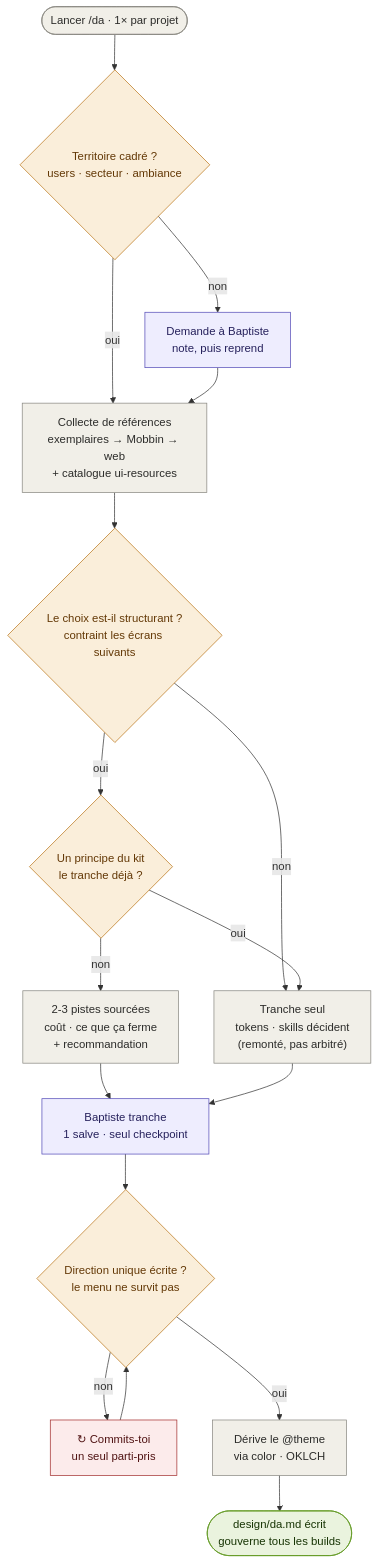
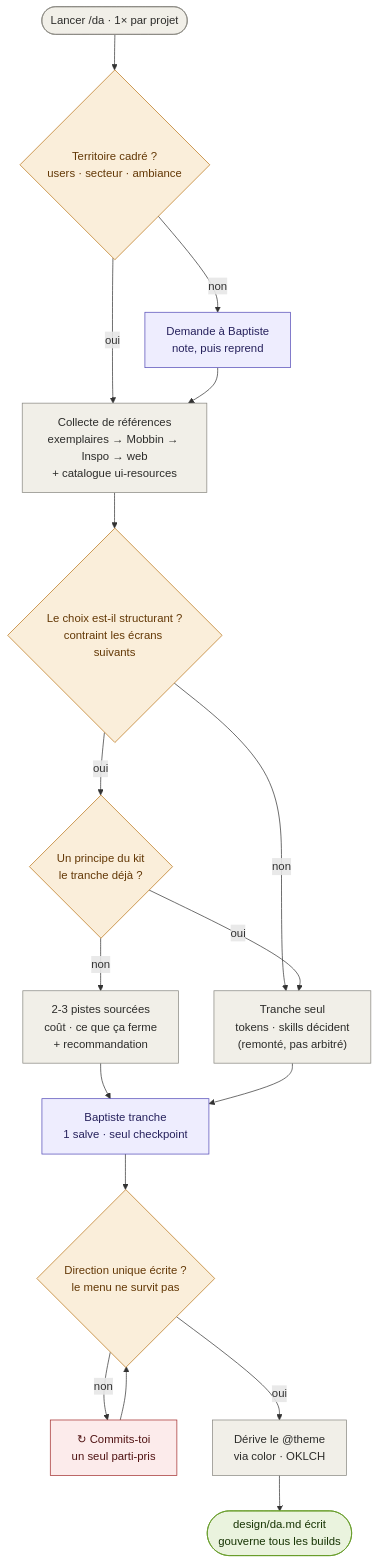
The third of 5 diagrams in docs/pipeline.md (BaptisteCavalie/product-builder), drawn with Mermaid before and after one commit. The commit also changed other lines of this file and 8 other files, not shown here.

````diff
--- a/docs/pipeline.md
+++ b/docs/pipeline.md
@@ -101,24 +102,24 @@
 ```mermaid
 flowchart TD
     A(["Lancer /da · 1× par projet"]):::step --> B{"Territoire cadré ?<br/>users · secteur · ambiance"}:::dec
     B -->|non| R1["Demande à Baptiste<br/>note, puis reprend"]:::human
-    B -->|oui| C["Collecte de références<br/>exemplaires → Mobbin → web<br/>+ catalogue ui-resources"]:::step
+    B -->|oui| C["Collecte de références<br/>exemplaires → Mobbin → Inspo → web<br/>+ catalogue ui-resources"]:::step
     R1 --> C
     C --> D{"Le choix est-il structurant ?<br/>contraint les écrans suivants"}:::dec
     D -->|non| R2["Tranche seul<br/>tokens · skills décident<br/>(remonté, pas arbitré)"]:::step
     D -->|oui| P{"Un principe du kit<br/>le tranche déjà ?"}:::dec
     P -->|oui| R2
     P -->|non| Q["2-3 pistes sourcées<br/>coût · ce que ça ferme<br/>+ recommandation"]:::step
     Q --> E["Baptiste tranche<br/>1 salve · seul checkpoint"]:::human
     R2 --> E
     E --> F2{"Direction unique écrite ?<br/>le menu ne survit pas"}:::dec
     F2 -->|non| R3["↻ Commits-toi<br/>un seul parti-pris"]:::stop
     R3 --> F2
     F2 -->|oui| F["Dérive le @theme<br/>via color · OKLCH"]:::step
     F --> G(["design/da.md écrit<br/>gouverne tous les builds"]):::ship
     classDef dec fill:#FAEEDA,stroke:#BA7517,color:#633806
     classDef step fill:#F1EFE8,stroke:#888780,color:#2C2C2A
     classDef human fill:#EEEDFE,stroke:#534AB7,color:#26215C
     classDef stop fill:#FCEBEB,stroke:#A32D2D,color:#501313
     classDef ship fill:#EAF3DE,stroke:#639922,color:#173404
 ```
````
